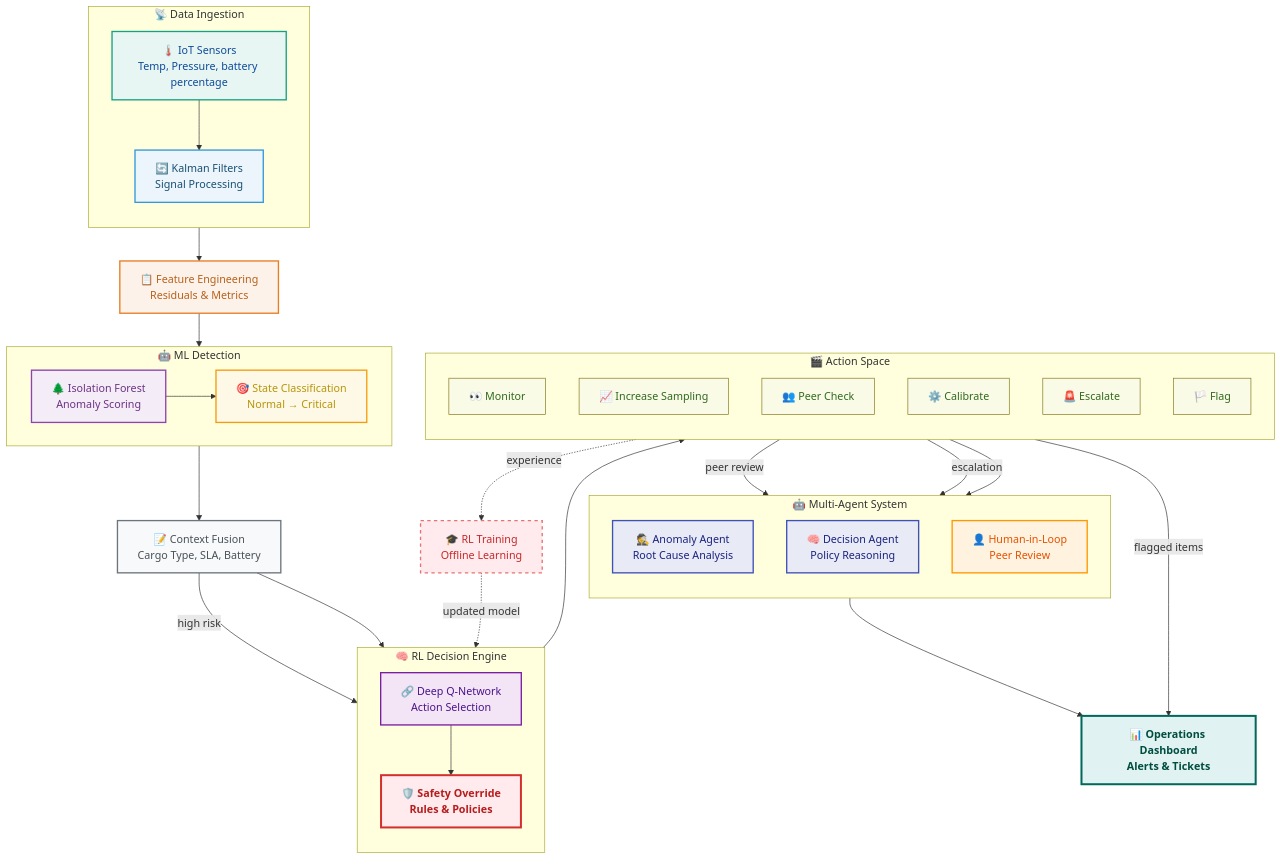
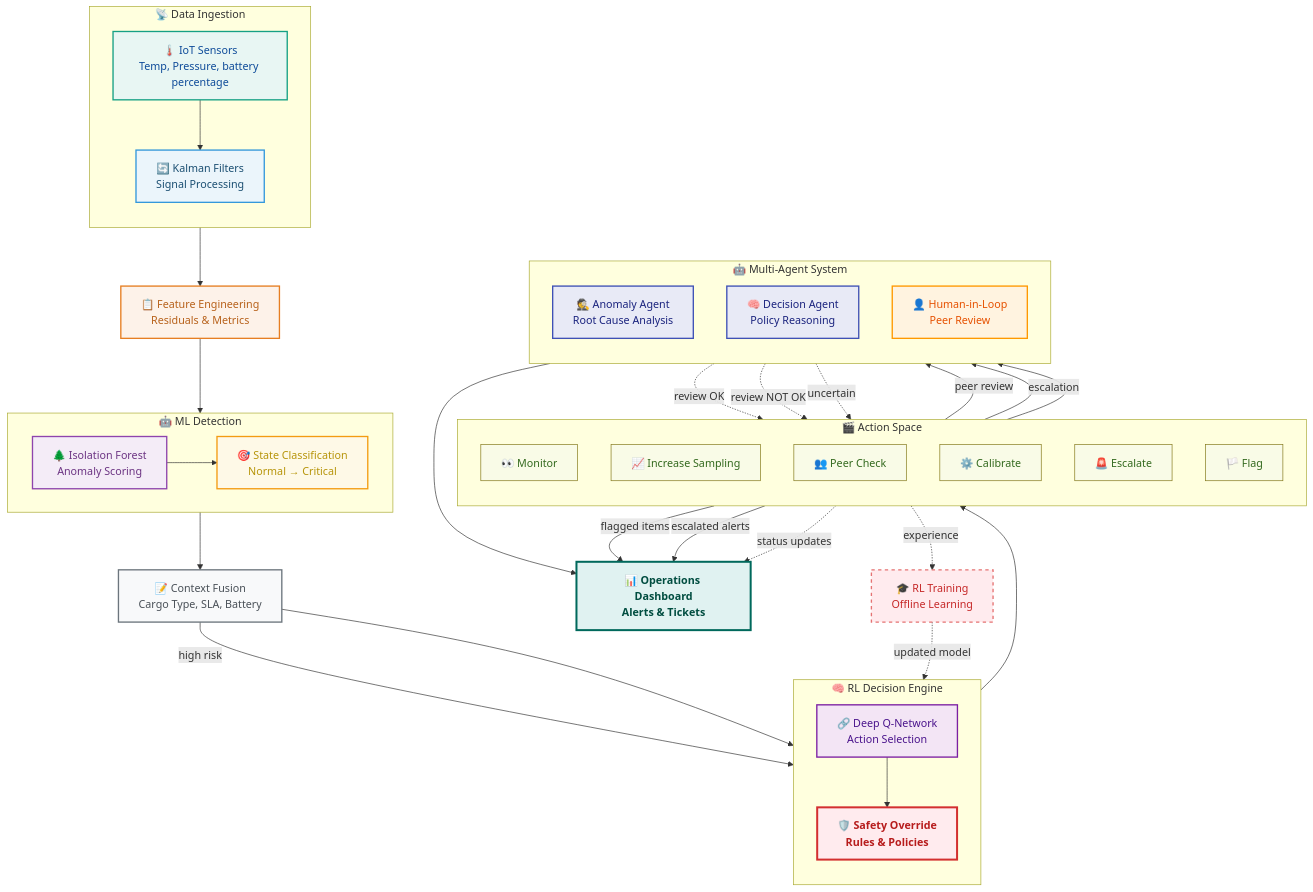
Before and after one commit to jshuo/phoenix-multi-agent-soc: the diagram in diagram/aiot-block.md, drawn with Mermaid.

Commit message:
Enhance AIoT documentation by adding peer review decision flow and dashboard display flows to improve clarity on operational processes

```diff
--- a/diagram/aiot-block.md
+++ b/diagram/aiot-block.md
@@ -128,6 +128,15 @@
   A_PEER -->|peer review| HUMAN
   A_ESC -->|escalation| HUMAN
   A_FLAG -->|flagged items| OUTPUT
+  
+  %% Peer Review Decision Flow
+  HUMAN -.->|review OK| A_MON
+  HUMAN -.->|review NOT OK| A_ESC
+  HUMAN -.->|uncertain| A_INC
+  
+  %% Dashboard Display Flows
+  A_ESC -->|escalated alerts| OUTPUT
+  A_MON -.->|status updates| OUTPUT
 
   %% Enhanced Style Definitions
   classDef sensor fill:#E8F6F3,stroke:#16A085,stroke-width:2px,color:#0E4B99
```
